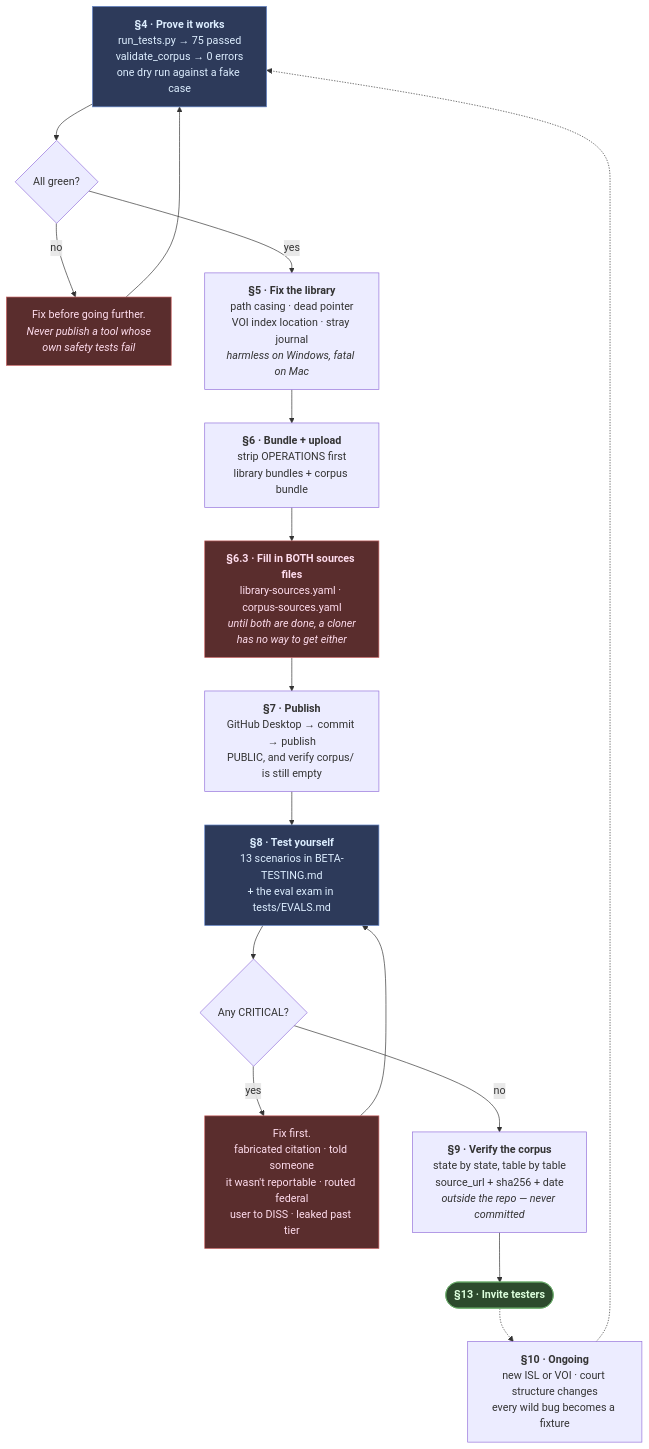
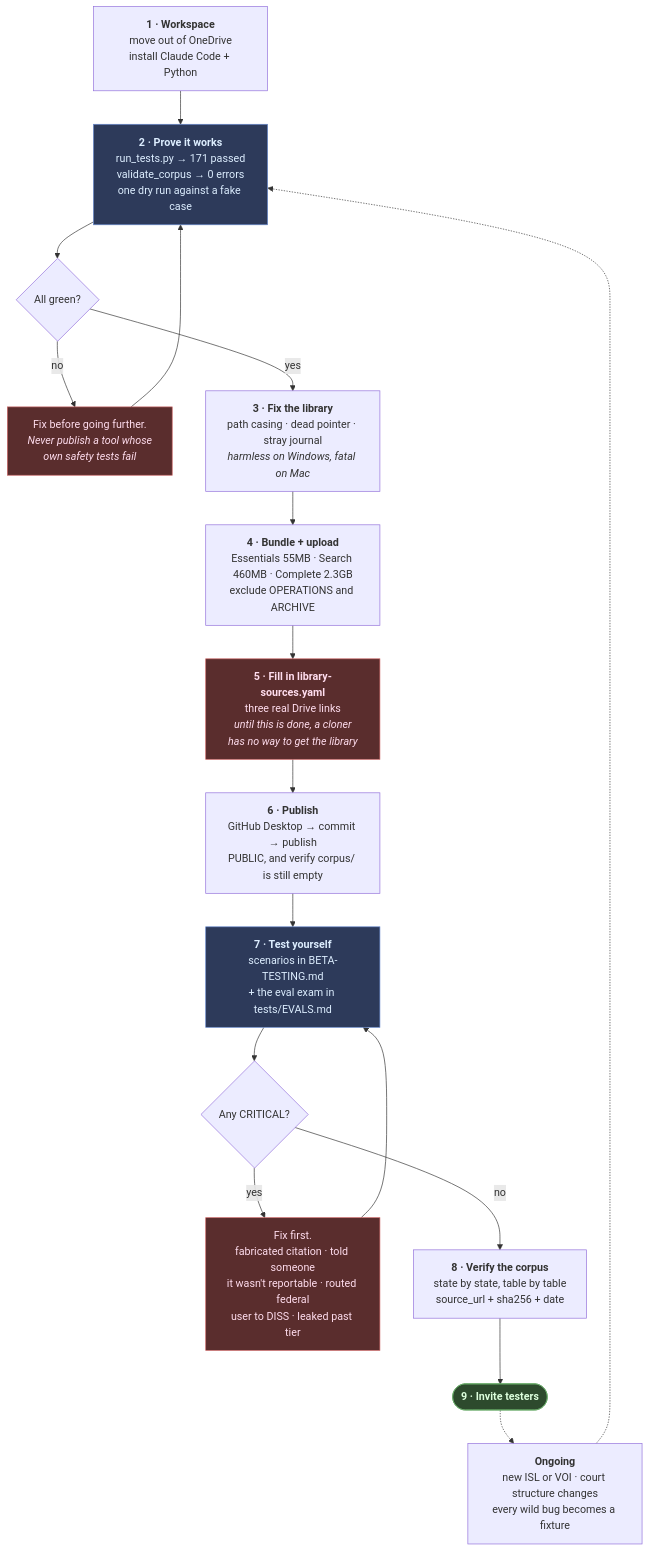
Before and after one commit to adamsdarin/adverse-information-assistant: the first of 2 diagrams in BUILD-GUIDE.md, drawn with Mermaid. The commit also changed other lines of this file and 128 other files, not shown here.

````diff
--- a/BUILD-GUIDE.md
+++ b/BUILD-GUIDE.md
@@ -69,28 +45,36 @@
 ```mermaid
 flowchart TD
-    B["<b>§4 · Prove it works</b><br/>run_tests.py → 75 passed<br/>validate_corpus → 0 errors<br/>one dry run against a fake case"]
+    A["<b>1 · Workspace</b><br/>move out of OneDrive<br/>install Claude Code + Python"] --> B
+
+    B["<b>2 · Prove it works</b><br/>run_tests.py → 171 passed<br/>validate_corpus → 0 errors<br/>one dry run against a fake case"]
     B --> C{"All green?"}
     C -->|no| FIX["Fix before going further.<br/><i>Never publish a tool whose<br/>own safety tests fail</i>"]
     FIX --> B
     C -->|yes| D
-    D["<b>§5 · Fix the library</b><br/>path casing · dead pointer<br/>VOI index location · stray journal<br/><i>harmless on Windows, fatal on Mac</i>"]
-    D --> E["<b>§6 · Bundle + upload</b><br/>strip OPERATIONS first<br/>library bundles + corpus bundle"]
-    E --> F["<b>§6.3 · Fill in BOTH sources files</b><br/>library-sources.yaml · corpus-sources.yaml<br/><i>until both are done, a cloner<br/>has no way to get either</i>"]
-    F --> G["<b>§7 · Publish</b><br/>GitHub Desktop → commit → publish<br/>PUBLIC, and verify corpus/ is still empty"]
-    G --> H["<b>§8 · Test yourself</b><br/>13 scenarios in BETA-TESTING.md<br/>+ the eval exam in tests/EVALS.md"]
+
+    D["<b>3 · Fix the library</b><br/>path casing · dead pointer · stray journal<br/><i>harmless on Windows, fatal on Mac</i>"]
+    D --> E["<b>4 · Bundle + upload</b><br/>Essentials 55MB · Search 460MB · Complete 2.3GB<br/>exclude OPERATIONS and ARCHIVE"]
+    E --> F["<b>5 · Fill in library-sources.yaml</b><br/>three real Drive links<br/><i>until this is done, a cloner<br/>has no way to get the library</i>"]
+
+    F --> G["<b>6 · Publish</b><br/>GitHub Desktop → commit → publish<br/>PUBLIC, and verify corpus/ is still empty"]
+
+    G --> H["<b>7 · Test yourself</b><br/>scenarios in BETA-TESTING.md<br/>+ the eval exam in tests/EVALS.md"]
     H --> I{"Any CRITICAL?"}
     I -->|yes| J["Fix first.<br/>fabricated citation · told someone<br/>it wasn't reportable · routed federal<br/>user to DISS · leaked past tier"]
     J --> H
     I -->|no| K
-    K["<b>§9 · Verify the corpus</b><br/>state by state, table by table<br/>source_url + sha256 + date<br/><i>outside the repo — never committed</i>"]
-    K --> L(["<b>§13 · Invite testers</b>"])
-    MAINT["<b>§10 · Ongoing</b><br/>new ISL or VOI · court structure changes<br/>every wild bug becomes a fixture"]
+
+    K["<b>8 · Verify the corpus</b><br/>state by state, table by table<br/>source_url + sha256 + date"]
+    K --> L(["<b>9 · Invite testers</b>"])
+
+    MAINT["<b>Ongoing</b><br/>new ISL or VOI · court structure changes<br/>every wild bug becomes a fixture"]
     L -.-> MAINT
     MAINT -.-> B
+
     classDef gate fill:#2d3a5a,stroke:#68c,color:#def
     classDef warn fill:#5a2d2d,stroke:#c66,color:#fde
     classDef ok fill:#2d4a2d,stroke:#6a6,color:#dfd
     class B,H gate
     class FIX,J,F warn
     class L ok
 ```
````
